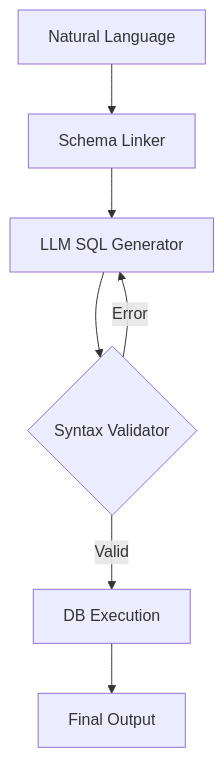
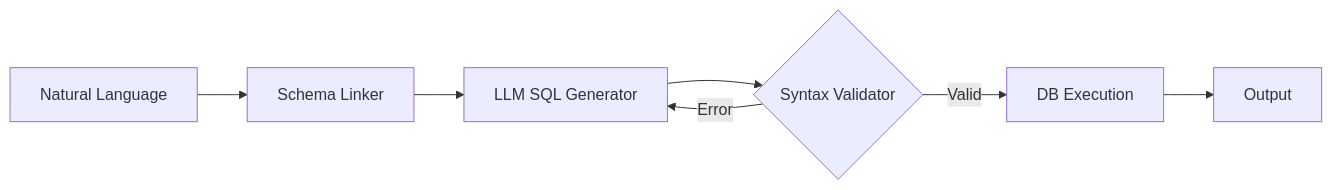
Before and after one commit to Shikhar-Kesharwani/Shikhar-Kesharwani: the fourth of 4 diagrams in README.md, drawn with Mermaid. The commit also changed other lines of this file, not shown here.

````diff
--- a/README.md
+++ b/README.md
@@ -242,9 +210,9 @@
 ```mermaid
-graph TD
+graph LR
     A[Natural Language] --> B[Schema Linker]
     B --> C[LLM SQL Generator]
     C --> D{Syntax Validator}
     D -->|Error| C
     D -->|Valid| E[DB Execution]
-    E --> F[Final Output]
+    E --> F[Output]
 ```
````
